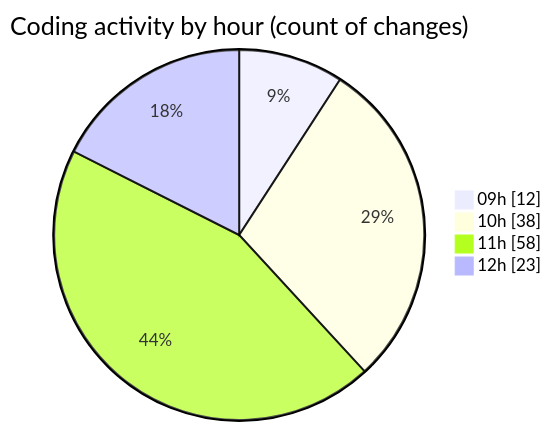
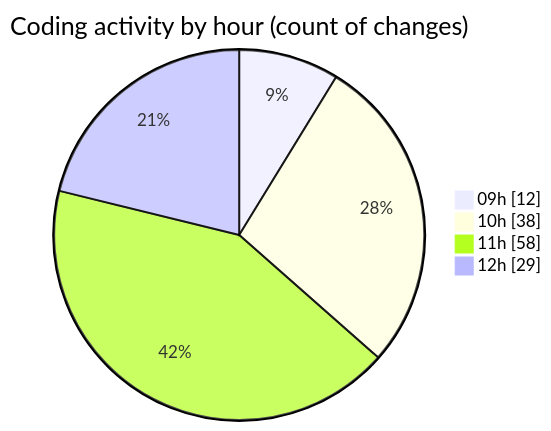
Before and after one commit to momahboobian/code-tracking: the second of 2 diagrams in 2025-10-03/cda/README.md, drawn with Mermaid. The commit also changed other lines of this file and 1 other file, not shown here.

````diff
--- a/2025-10-03/cda/README.md
+++ b/2025-10-03/cda/README.md
@@ -42,8 +42,8 @@
 ```mermaid
 pie showData
 title Coding activity by hour (count of changes)
 "09h" : 12
 "10h" : 38
 "11h" : 58
-"12h" : 23
+"12h" : 29
 ```
````
